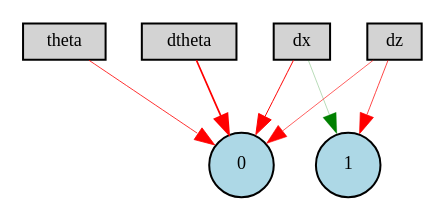
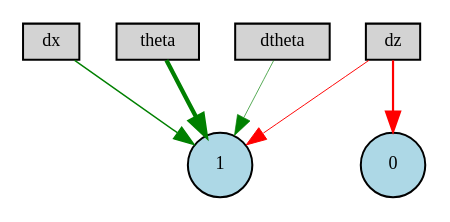
Before and after one commit to benjaminkeltjens/BioInspiredDrone: the diagram in fourth_stabiliser/winner-ctrnn-enabled-pruned.gv, drawn with Graphviz. The commit also changed 548 other files, not shown here.

```diff
--- a/fourth_stabiliser/winner-ctrnn-enabled-pruned.gv
+++ b/fourth_stabiliser/winner-ctrnn-enabled-pruned.gv
@@ -1,15 +1,14 @@
 digraph {
 	node [fontsize=9 height=0.2 shape=circle width=0.2]
 	dx [fillcolor=lightgray shape=box style=filled]
 	dz [fillcolor=lightgray shape=box style=filled]
 	theta [fillcolor=lightgray shape=box style=filled]
 	dtheta [fillcolor=lightgray shape=box style=filled]
 	0 [fillcolor=lightblue style=filled]
 	1 [fillcolor=lightblue style=filled]
-	dtheta -> 0 [color=red penwidth=0.8576438938325415 style=solid]
-	dz -> 0 [color=red penwidth=0.3071531617496991 style=solid]
-	dz -> 1 [color=red penwidth=0.35997647978528524 style=solid]
-	theta -> 0 [color=red penwidth=0.4008188478949666 style=solid]
-	dx -> 0 [color=red penwidth=0.4938943883712281 style=solid]
-	dx -> 1 [color=green penwidth=0.1353586075155709 style=solid]
+	theta -> 1 [color=green penwidth=2.1415592991007837 style=solid]
+	dtheta -> 1 [color=green penwidth=0.3252512328285412 style=solid]
+	dz -> 0 [color=red penwidth=1.0921792801697034 style=solid]
+	dx -> 1 [color=green penwidth=0.7034539383154766 style=solid]
+	dz -> 1 [color=red penwidth=0.47861712854430527 style=solid]
 }
```
